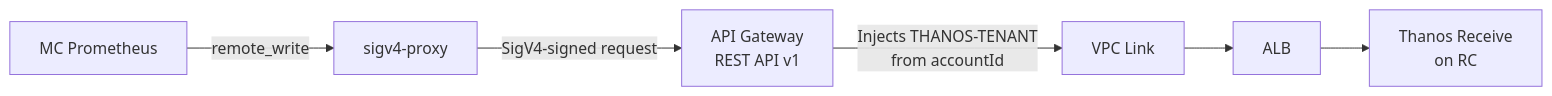
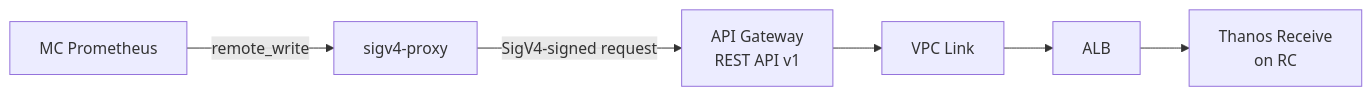
The diagram in docs/design/mc-metrics-remote-write.md (rosa-regional-platform-ci/rosa-regional-platform), drawn with Mermaid before and after one commit. The commit also changed other lines of this file and 3 other files, not shown here.

````diff
--- a/docs/design/mc-metrics-remote-write.md
+++ b/docs/design/mc-metrics-remote-write.md
@@ -17,8 +17,8 @@
 ```mermaid
 graph LR
     A[MC Prometheus] -->|remote_write| B[sigv4-proxy]
     B -->|SigV4-signed request| C[API Gateway<br/>REST API v1]
-    C -->|Injects THANOS-TENANT<br/>from accountId| D[VPC Link]
+    C --> D[VPC Link]
     D --> E[ALB]
     E --> F[Thanos Receive<br/>on RC]
 ```
````
